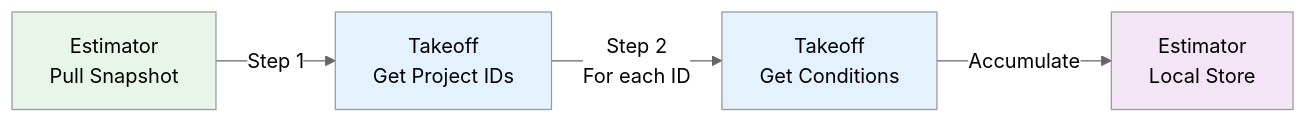
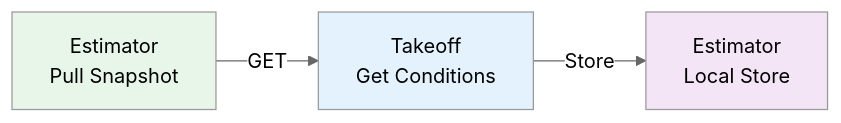
Before and after one commit to pkarabut-bw/embedded-integration: the seventh of 7 diagrams in docs/contract-diagrams.md, drawn with Mermaid (neutral theme).

Commit message:
small fix

````diff
--- a/docs/contract-diagrams.md
+++ b/docs/contract-diagrams.md
@@ -153,11 +153,9 @@
 ```mermaid
 graph LR
-    A["Estimator<br/>Pull Snapshot"] -->|Step 1| B["Takeoff<br/>Get Project IDs"]
-    B -->|Step 2<br/>For each ID| C["Takeoff<br/>Get Conditions"]
-    C -->|Accumulate| D["Estimator<br/>Local Store"]
+    A["Estimator<br/>Pull Snapshot"] -->|GET| B["Takeoff<br/>Get Conditions"]
+    B -->|Store| C["Estimator<br/>Local Store"]
     
     style A fill:#e8f5e9
     style B fill:#e3f2fd
-    style C fill:#e3f2fd
-    style D fill:#f3e5f5
+    style C fill:#f3e5f5
 ```
````
